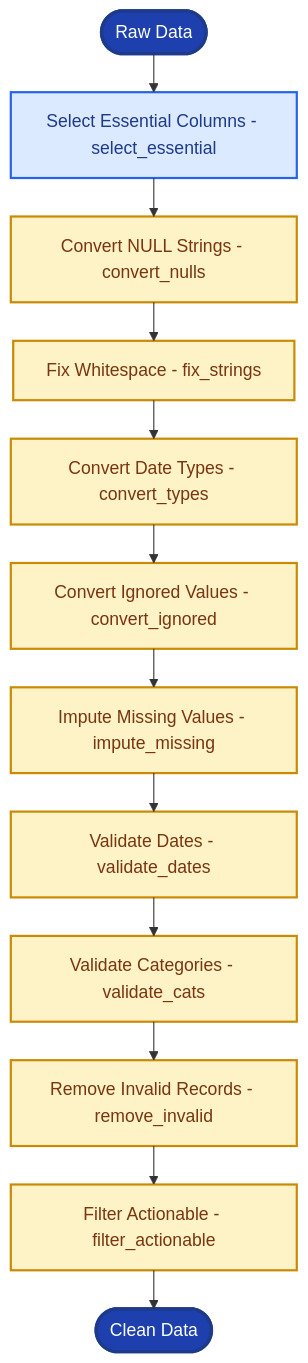
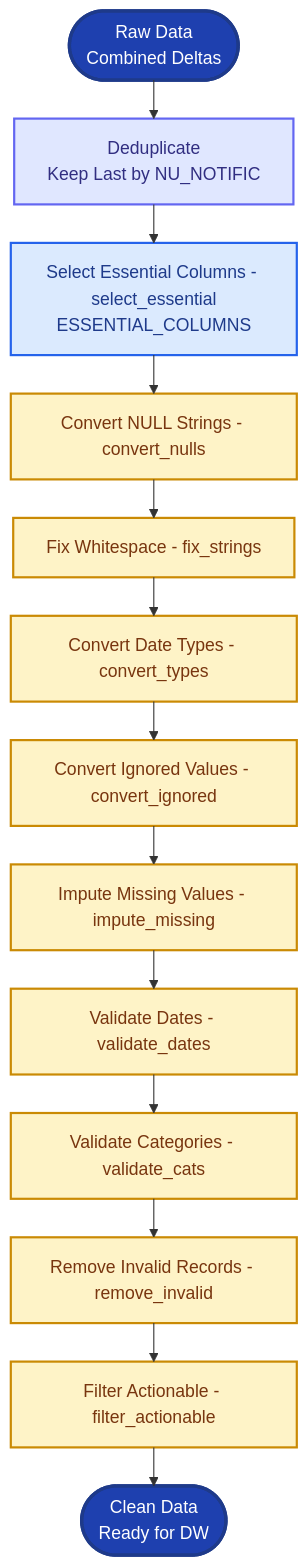
One commit to joaovargass/indicium-ai-engineering-certification changed the diagram in diagrams/elt-transform-steps.mmd. Above: the diagram before and after it, drawn with Mermaid. The commit also changed 34 other files, not shown here.

```diff
--- a/diagrams/elt-transform-steps.mmd
+++ b/diagrams/elt-transform-steps.mmd
@@ -1,25 +1,28 @@
 ---
 config:
   layout: elk
   maxWidth: 1200
 ---
 flowchart TD
-    Start([Raw Data]) --> Select["Select Essential Columns - select_essential"]
+    Start([Raw Data<br/>Combined Deltas]) --> Deduplicate[Deduplicate<br/>Keep Last by NU_NOTIFIC]
+    Deduplicate --> Select["Select Essential Columns - select_essential<br/>ESSENTIAL_COLUMNS"]
     Select --> Step1["Convert NULL Strings - convert_nulls"]
     Step1 --> Step2["Fix Whitespace - fix_strings"]
     Step2 --> Step3["Convert Date Types - convert_types"]
     Step3 --> Step4["Convert Ignored Values - convert_ignored"]
     Step4 --> Step5["Impute Missing Values - impute_missing"]
     Step5 --> Step6["Validate Dates - validate_dates"]
     Step6 --> Step7["Validate Categories - validate_cats"]
     Step7 --> Step8["Remove Invalid Records - remove_invalid"]
     Step8 --> Step9["Filter Actionable - filter_actionable"]
-    Step9 --> End([Clean Data])
+    Step9 --> End([Clean Data<br/>Ready for DW])
     
     classDef stepStyle fill:#fef3c7,stroke:#ca8a04,stroke-width:2px,color:#78350f
     classDef selectStyle fill:#dbeafe,stroke:#2563eb,stroke-width:2px,color:#1e3a8a
+    classDef dedupStyle fill:#e0e7ff,stroke:#6366f1,stroke-width:2px,color:#312e81
     classDef startEndStyle fill:#1e40af,stroke:#1e3a8a,stroke-width:3px,color:#fff
     
     class Step1,Step2,Step3,Step4,Step5,Step6,Step7,Step8,Step9 stepStyle
     class Select selectStyle
+    class Deduplicate dedupStyle
     class Start,End startEndStyle
```
